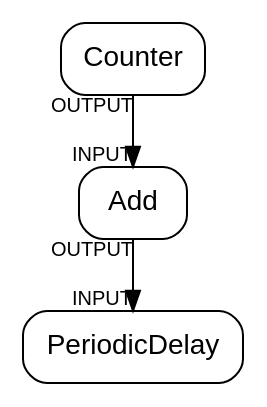
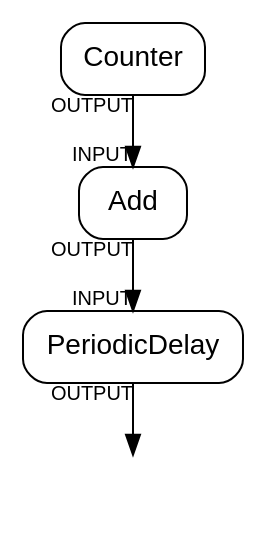
One commit to uboot/stromx changed the diagram in example/operator/operator.dot. Above: the diagram before and after it, drawn with Graphviz. The commit also changed 8 other files, not shown here.

```diff
--- a/example/operator/operator.dot
+++ b/example/operator/operator.dot
@@ -1,7 +1,9 @@
 # dot operator.dot -Tpng  -ooperator.png
 
 digraph strom
 {
-    node [shape = box, fontname = Helvetica, style = "rounded"]
+    node [shape = box, fontname = Helvetica, style = "rounded"] "Counter" "Add" "PeriodicDelay"
+    node [shape=plaintext]
     "Counter" -> "Add" -> "PeriodicDelay" [headlabel = "INPUT", taillabel = "OUTPUT", labelfontname = Helvetica, labelfontsize = "10pt"]
+    "PeriodicDelay" -> "" [taillabel = "OUTPUT", labelfontname = Helvetica, labelfontsize = "10pt"]
 }
```
